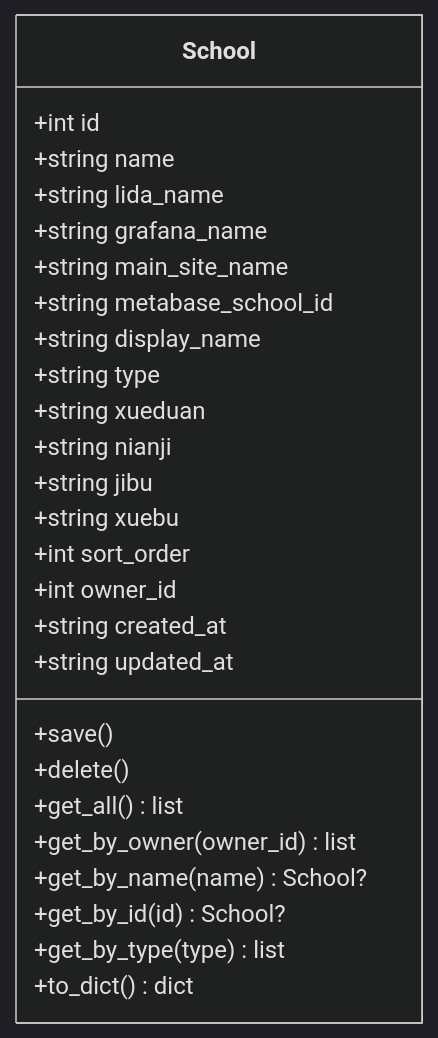
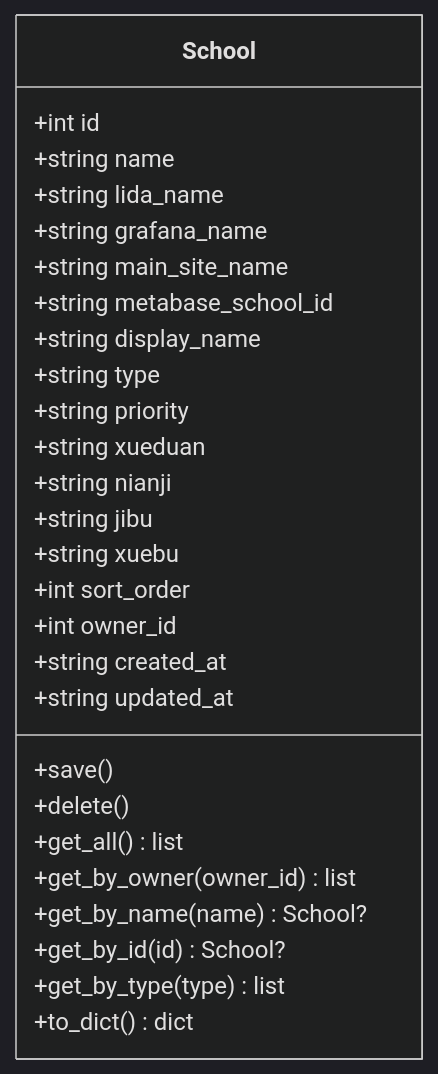
Before and after one commit to oreovan567-pixel/middle-platform-data-collector: the fifth of 10 diagrams in .qoder/repowiki/zh/content/数据模型/数据模型.md, drawn with Mermaid (dark theme). The commit also changed other lines of this file and 11 other files, not shown here.

````diff
--- a/.qoder/repowiki/zh/content/数据模型/数据模型.md
+++ b/.qoder/repowiki/zh/content/数据模型/数据模型.md
@@ -266,29 +297,30 @@
 ```mermaid
 classDiagram
 class School {
 +int id
 +string name
 +string lida_name
 +string grafana_name
 +string main_site_name
 +string metabase_school_id
 +string display_name
 +string type
++string priority
 +string xueduan
 +string nianji
 +string jibu
 +string xuebu
 +int sort_order
 +int owner_id
 +string created_at
 +string updated_at
 +save()
 +delete()
 +get_all() list
 +get_by_owner(owner_id) list
 +get_by_name(name) School?
 +get_by_id(id) School?
 +get_by_type(type) list
 +to_dict() dict
 }
 ```
````
